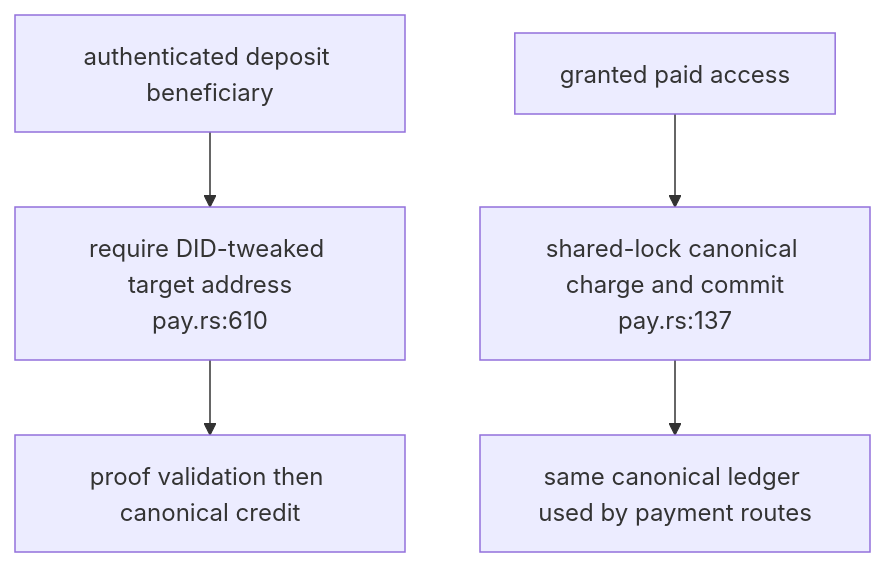
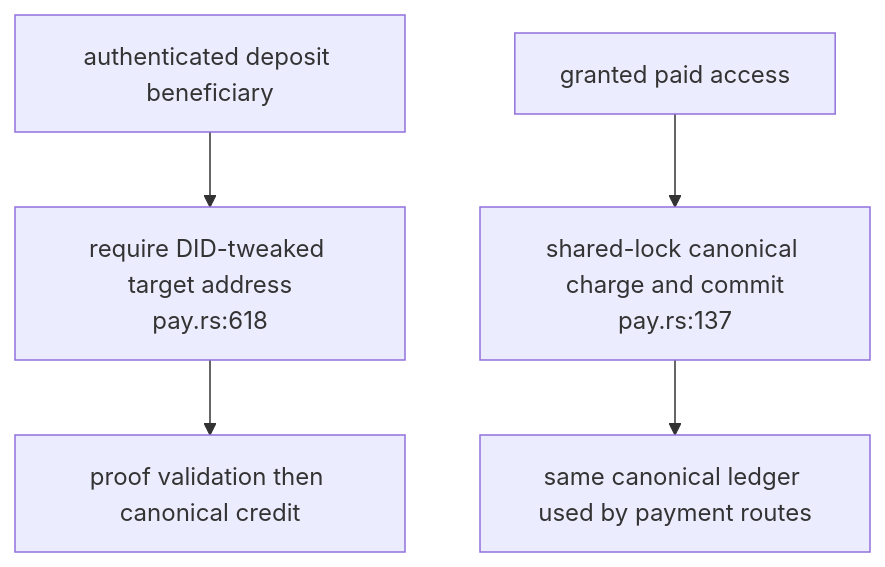
The fifth of 5 diagrams in docs/diagrams/solid-pod-rs/15-authority-and-payment-repairs.md (DreamLab-AI/VisionFlow), drawn with Mermaid before and after one commit. The commit also changed other lines of this file and 154 other files, not shown here.

First line of the commit message:
docs(diagrams): re-stamp 154 topics whose every citation still reads the same text at the current heads

````diff
--- a/docs/diagrams/solid-pod-rs/15-authority-and-payment-repairs.md
+++ b/docs/diagrams/solid-pod-rs/15-authority-and-payment-repairs.md
@@ -96,7 +96,7 @@
 ```mermaid
 flowchart TB
-    DID["authenticated deposit beneficiary"] --> TWEAK["require DID-tweaked target address<br/>pay.rs:610"]
+    DID["authenticated deposit beneficiary"] --> TWEAK["require DID-tweaked target address<br/>pay.rs:618"]
     TWEAK --> CREDIT["proof validation then canonical credit"]
     WAC["granted paid access"] --> CHARGE["shared-lock canonical charge and commit<br/>pay.rs:137"]
     CHARGE --> LEDGER["same canonical ledger used by payment routes"]
 ```
````
